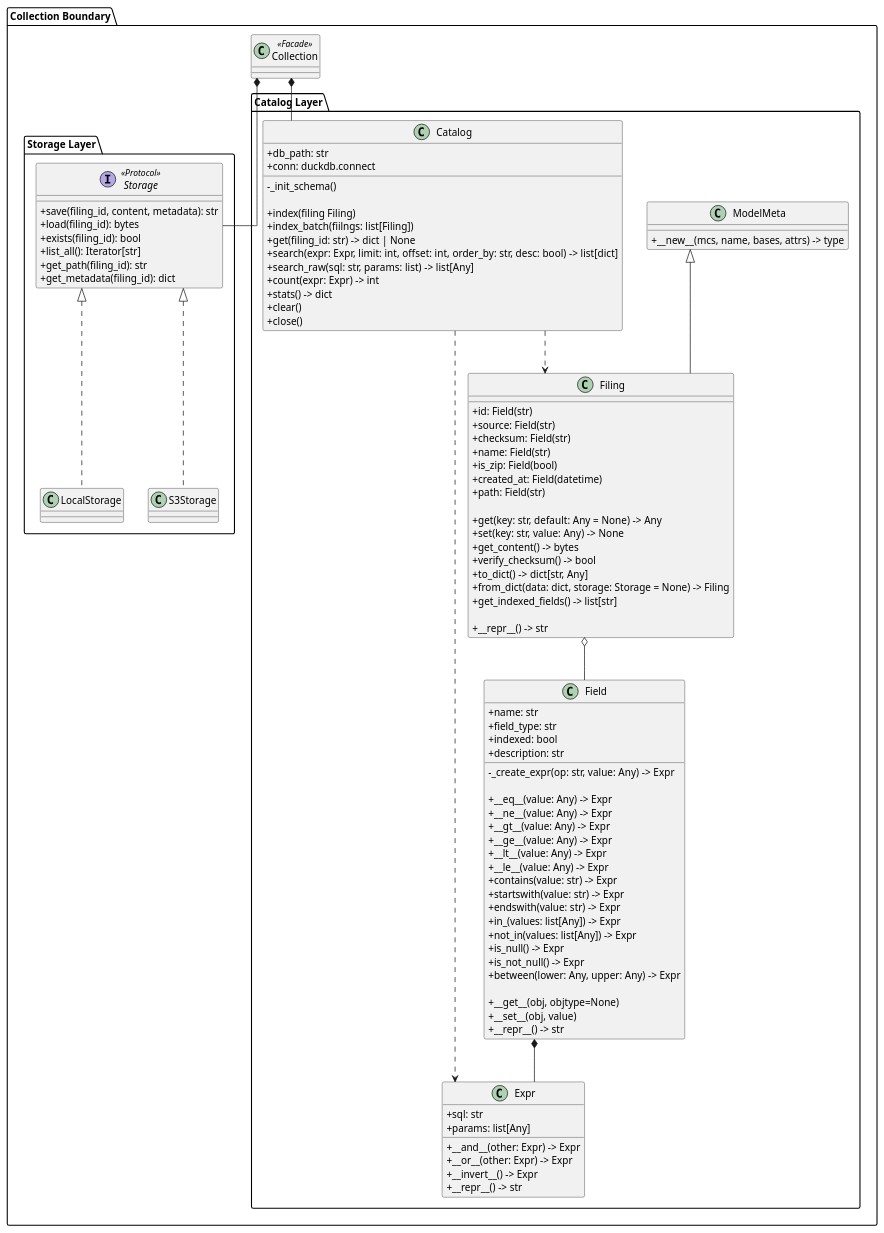
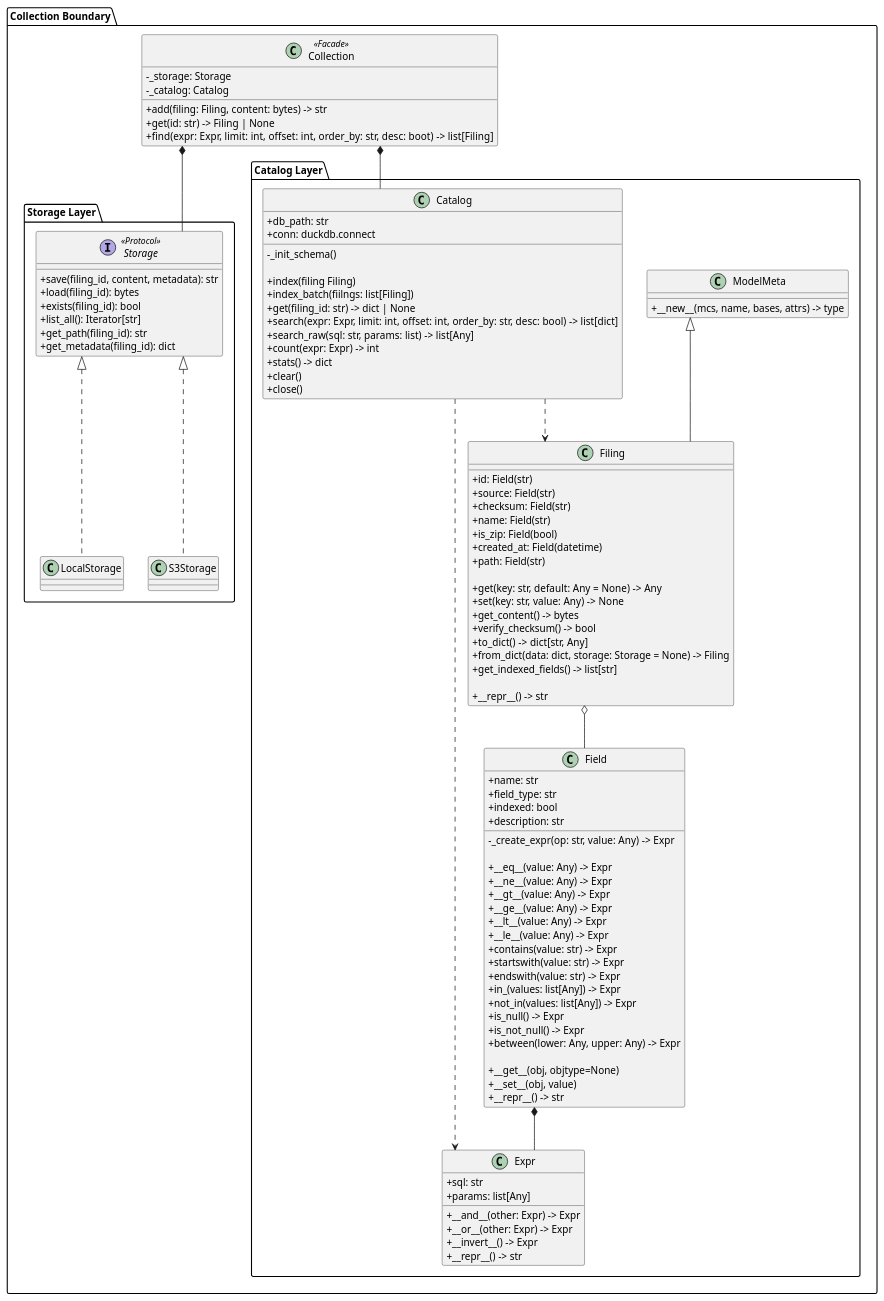
The diagram in docs/collection/coding_collection.puml (fino-dev/fino-filing), drawn with PlantUML before and after one commit.

Commit message:
update graph

```diff
--- a/docs/collection/coding_collection.puml
+++ b/docs/collection/coding_collection.puml
@@ -1,125 +1,131 @@
 @startuml FilingCollection Class Diagram
 skinparam linetype ortho
 skinparam classAttributeIconSize 0
 
 package "Collection Boundary" {
 
     class Collection <<Facade>> {
-        }
+        - _storage: Storage
+        - _catalog: Catalog
+
+        + add(filing: Filing, content: bytes) -> str
+        + get(id: str) -> Filing | None
+        + find(expr: Expr, limit: int, offset: int, order_by: str, desc: boot) -> list[Filing]
+    }
 
     package "Storage Layer" {
         interface Storage <<Protocol>> {
             + save(filing_id, content, metadata): str
             + load(filing_id): bytes
             + exists(filing_id): bool
             + list_all(): Iterator[str]
             + get_path(filing_id): str
             + get_metadata(filing_id): dict
         }
         
         class LocalStorage {}
 
         class S3Storage {}
     }
 
     package "Catalog Layer" {
 
 
         class Expr {
             + sql: str
             + params: list[Any]
 
             + __and__(other: Expr) -> Expr
             + __or__(other: Expr) -> Expr
             + __invert__() -> Expr
             + __repr__() -> str
         }
 
         class Field {
             + name: str
             + field_type: str
             + indexed: bool
             + description: str
 
             - _create_expr(op: str, value: Any) -> Expr
 
             + __eq__(value: Any) -> Expr
             + __ne__(value: Any) -> Expr
             + __gt__(value: Any) -> Expr
             + __ge__(value: Any) -> Expr
             + __lt__(value: Any) -> Expr
             + __le__(value: Any) -> Expr
             + contains(value: str) -> Expr
             + startswith(value: str) -> Expr
             + endswith(value: str) -> Expr
             + in_(values: list[Any]) -> Expr
             + not_in(values: list[Any]) -> Expr
             + is_null() -> Expr
             + is_not_null() -> Expr
             + between(lower: Any, upper: Any) -> Expr
 
             + __get__(obj, objtype=None)
             + __set__(obj, value)
             + __repr__() -> str
         }
 
         class ModelMeta {
             + __new__(mcs, name, bases, attrs) -> type
         }
 
         class Filing {
             + id: Field(str)
             + source: Field(str)
             + checksum: Field(str)
             + name: Field(str)
             + is_zip: Field(bool)
             + created_at: Field(datetime)
             + path: Field(str)
 
             + get(key: str, default: Any = None) -> Any
             + set(key: str, value: Any) -> None
             + get_content() -> bytes
             + verify_checksum() -> bool
             + to_dict() -> dict[str, Any]
             + from_dict(data: dict, storage: Storage = None) -> Filing
             + get_indexed_fields() -> list[str]
             
             + __repr__() -> str
         }
 
         class Catalog {
             + db_path: str
             + conn: duckdb.connect
 
             - _init_schema()
 
             + index(filing Filing)
             + index_batch(fiilngs: list[Filing])
             + get(filing_id: str) -> dict | None
             + search(expr: Expr, limit: int, offset: int, order_by: str, desc: bool) -> list[dict]
             + search_raw(sql: str, params: list) -> list[Any]
             + count(expr: Expr) -> int
             + stats() -> dict
             + clear()
             + close()
         }
     }
 
     ' 継承
     ModelMeta <|-- Filing
     ' 集約 (自律的な親子関係)
     Filing o-- Field
     ' 構成
     Collection *-- Storage
     Collection *-- Catalog
     Field *-- Expr
     ' 依存
     Catalog  ..> Filing 
     Catalog ..> Expr
     ' 実装
     Storage <|.. LocalStorage
     Storage <|.. S3Storage
 
 }
 
 @enduml
```
